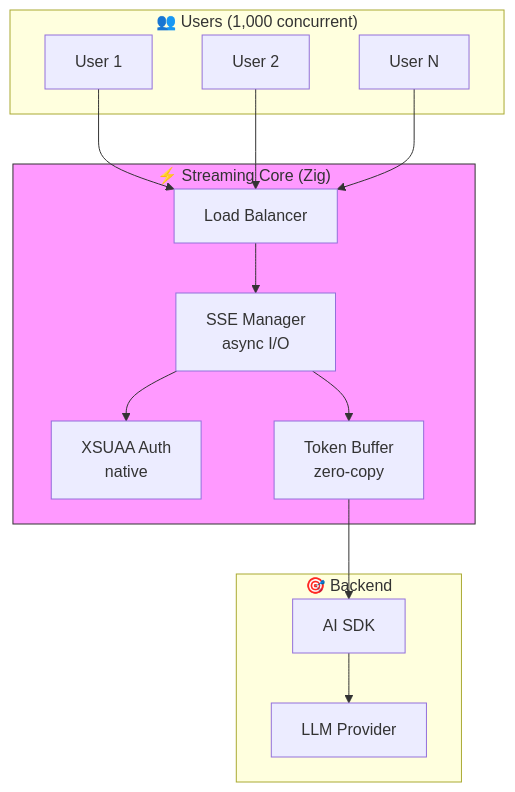
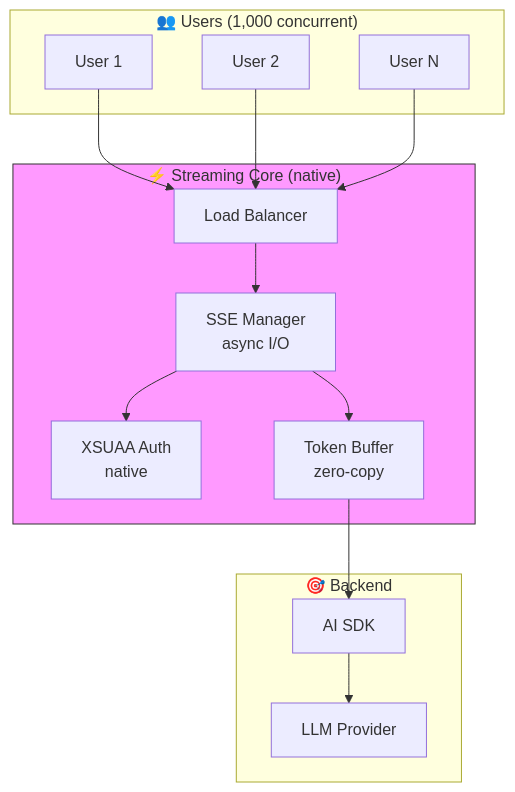
Before and after one commit to GJKarthik/sap-oss-v1: the fifth of 7 diagrams in docs/business-briefs/02-component-mapping.md, drawn with Mermaid. The commit also changed other lines of this file and 2548 other files, not shown here.

````diff
--- a/docs/business-briefs/02-component-mapping.md
+++ b/docs/business-briefs/02-component-mapping.md
@@ -207,31 +207,31 @@
 ```mermaid
 flowchart TB
     subgraph Users["👥 Users (1,000 concurrent)"]
         U1["User 1"]
         U2["User 2"]
         UN["User N"]
     end
     
-    subgraph Gateway["⚡ Streaming Core (Zig)"]
+    subgraph Gateway["⚡ Streaming Core (native)"]
         LB["Load Balancer"]
         SSE["SSE Manager<br/>async I/O"]
         AUTH["XSUAA Auth<br/>native"]
         BUF["Token Buffer<br/>zero-copy"]
     end
     
     subgraph Backend["🎯 Backend"]
         SDK["AI SDK"]
         LLM["LLM Provider"]
     end
     
     U1 --> LB
     U2 --> LB
     UN --> LB
     LB --> SSE
     SSE --> AUTH
     SSE --> BUF
     BUF --> SDK
     SDK --> LLM
     
     style Gateway fill:#f9f,stroke:#333
 ```
````
